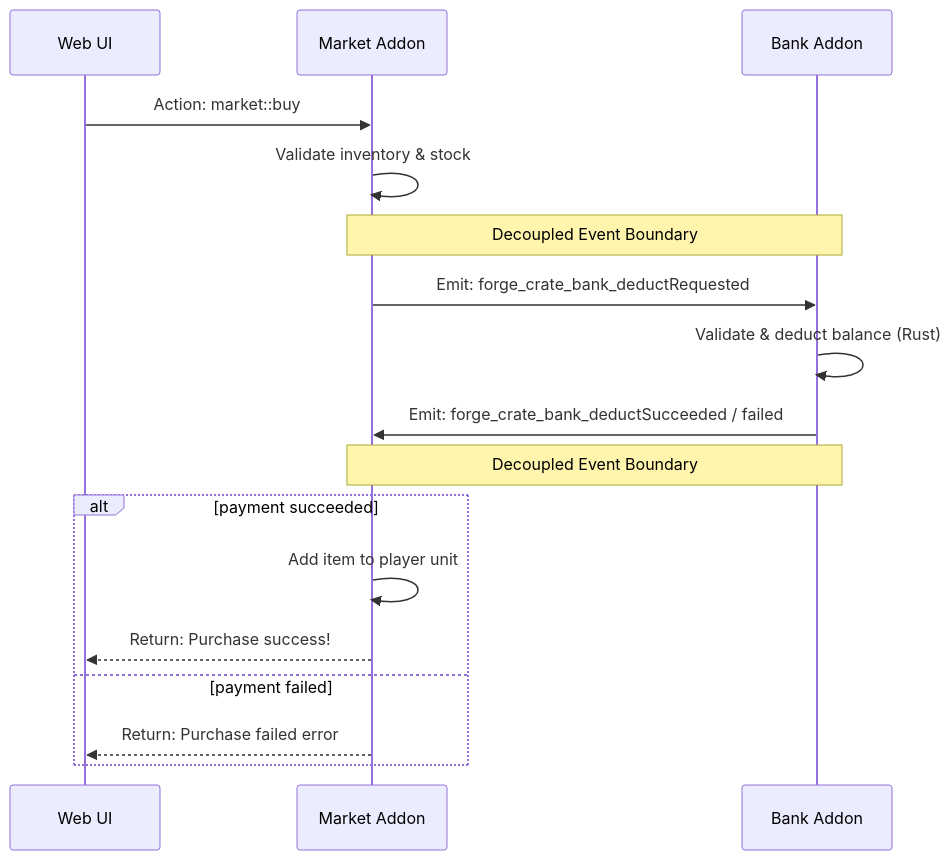
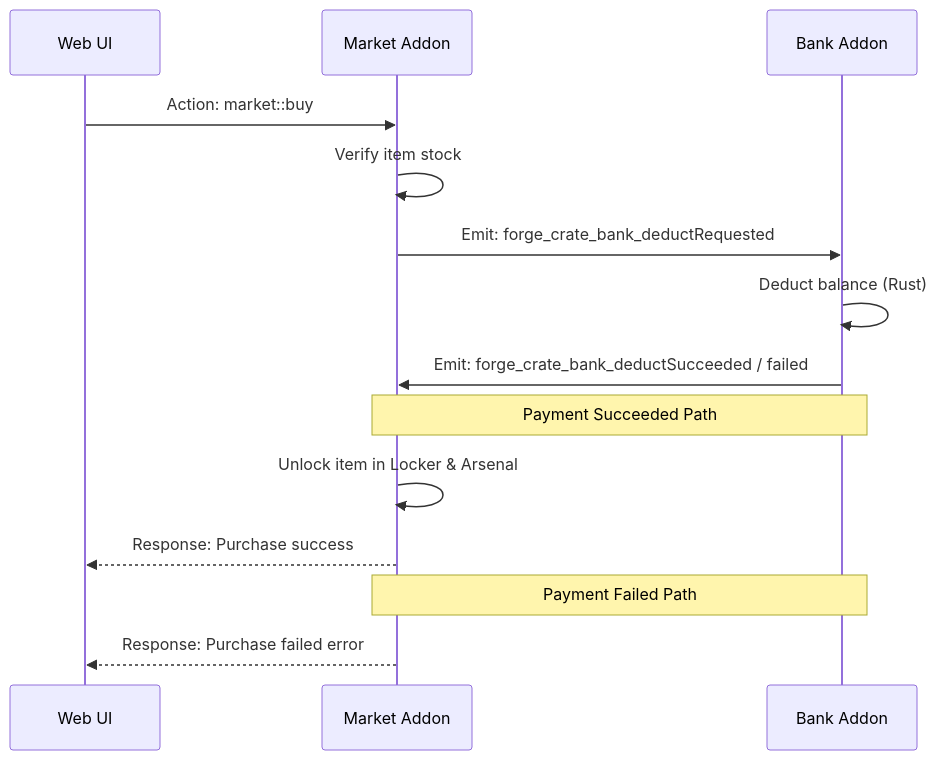
One commit to jschmidt92/crate changed the second of 2 diagrams in docs/custom-ui-extensibility.md. Above: the diagram before and after it, drawn with Mermaid.

Commit message:
docs: simplify sequence diagram for decoupled event choreography

````diff
--- a/docs/custom-ui-extensibility.md
+++ b/docs/custom-ui-extensibility.md
@@ -337,20 +337,19 @@
 ```mermaid
 sequenceDiagram
     participant UI as Web UI
-    participant M as Market Addon
-    participant B as Bank Addon
+    participant Market as Market Addon
+    participant Bank as Bank Addon
     
-    UI->>M: Action: market::buy
-    M->>M: Validate inventory & stock
-    Note over M,B: Decoupled Event Boundary
-    M->>B: Emit: forge_crate_bank_deductRequested
-    B->>B: Validate & deduct balance (Rust)
-    B->>M: Emit: forge_crate_bank_deductSucceeded / failed
-    Note over M,B: Decoupled Event Boundary
-    alt payment succeeded
-        M->>M: Add item to player unit
-        M-->>UI: Return: Purchase success!
-    else payment failed
-        M-->>UI: Return: Purchase failed error
-    end
+    UI->>Market: Action: market::buy
+    Market->>Market: Verify item stock
+    Market->>Bank: Emit: forge_crate_bank_deductRequested
+    Bank->>Bank: Deduct balance (Rust)
+    Bank->>Market: Emit: forge_crate_bank_deductSucceeded / failed
+    
+    Note over Market,Bank: Payment Succeeded Path
+    Market->>Market: Unlock item in Locker & Arsenal
+    Market-->>UI: Response: Purchase success
+
+    Note over Market,Bank: Payment Failed Path
+    Market-->>UI: Response: Purchase failed error
 ```
````
